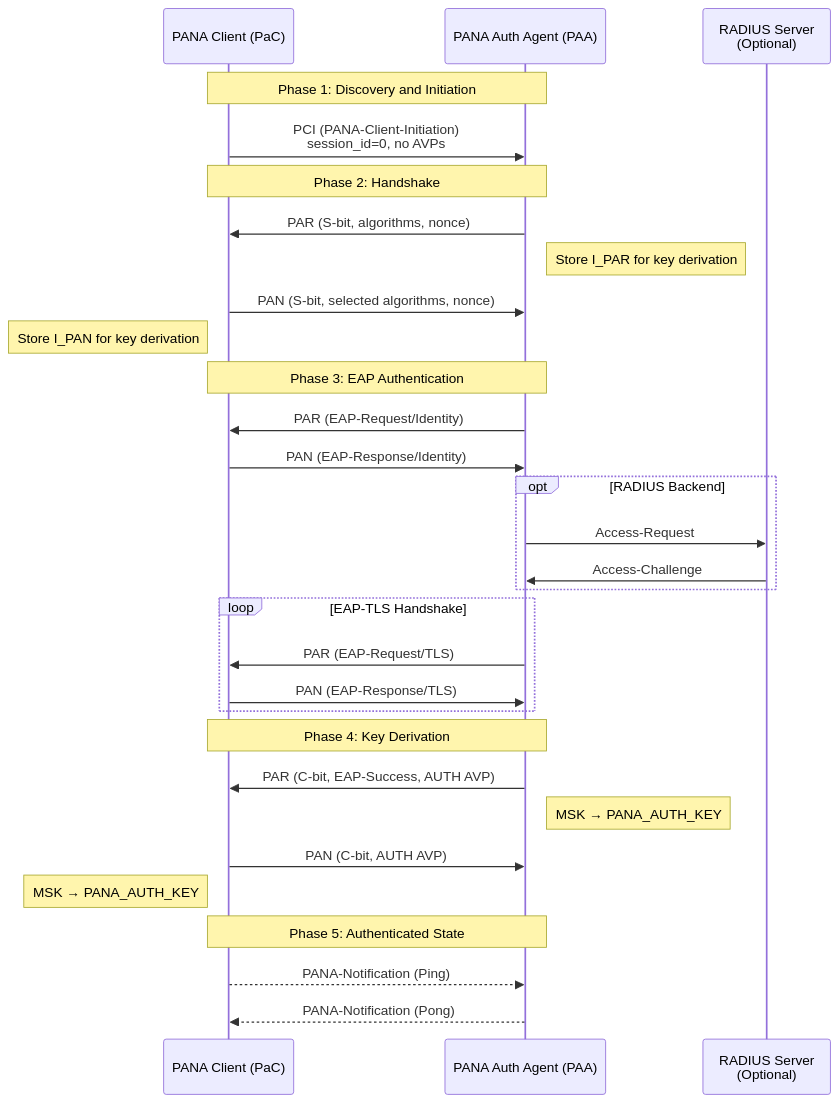
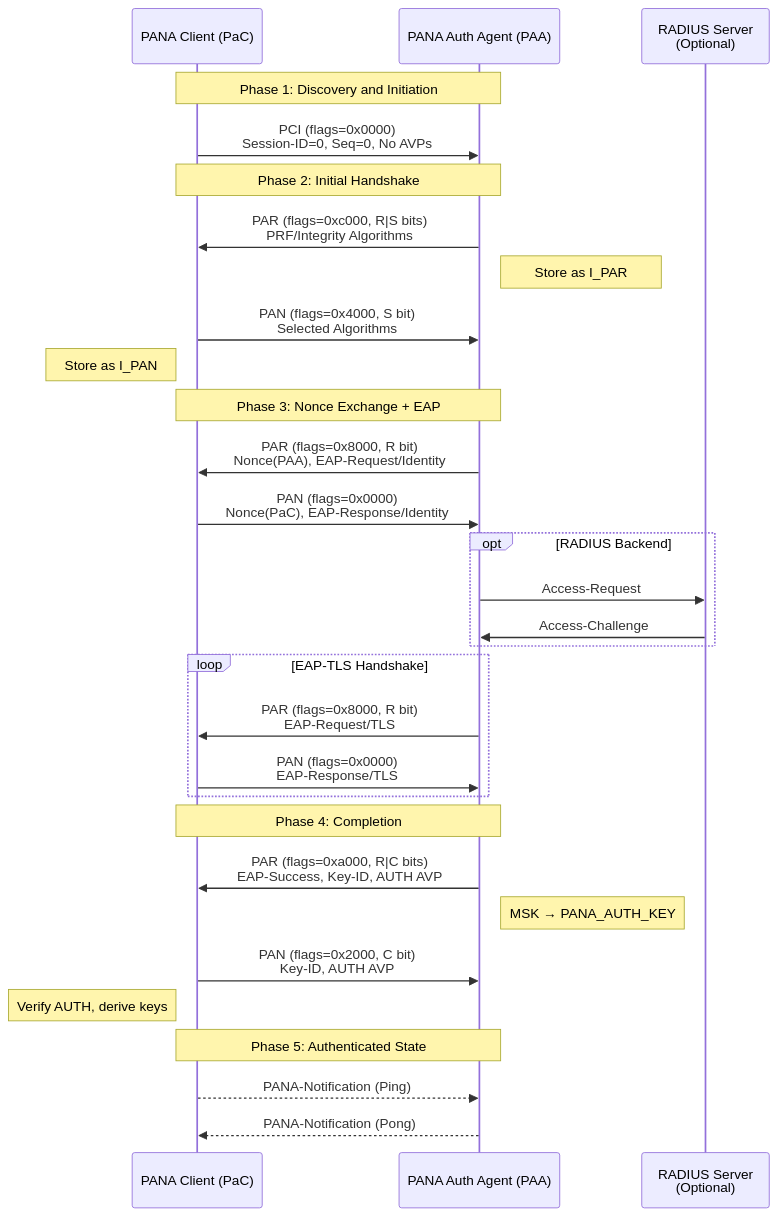
Before and after one commit to JamesBread/pyPANA: the second of 14 diagrams in architecture_diagrams.md, drawn with Mermaid. The commit also changed other lines of this file and 20 other files, not shown here.

````diff
--- a/architecture_diagrams.md
+++ b/architecture_diagrams.md
@@ -67,39 +67,39 @@
 ```mermaid
 sequenceDiagram
     participant PaC as PANA Client (PaC)
     participant PAA as PANA Auth Agent (PAA)
     participant RADIUS as RADIUS Server<br/>(Optional)
     
     Note over PaC,PAA: Phase 1: Discovery and Initiation
-    PaC->>PAA: PCI (PANA-Client-Initiation)<br/>session_id=0, no AVPs
+    PaC->>PAA: PCI (flags=0x0000)<br/>Session-ID=0, Seq=0, No AVPs
     
-    Note over PaC,PAA: Phase 2: Handshake
-    PAA->>PaC: PAR (S-bit, algorithms, nonce)
-    Note right of PAA: Store I_PAR for key derivation
-    PaC->>PAA: PAN (S-bit, selected algorithms, nonce)
-    Note left of PaC: Store I_PAN for key derivation
+    Note over PaC,PAA: Phase 2: Initial Handshake
+    PAA->>PaC: PAR (flags=0xc000, R|S bits)<br/>PRF/Integrity Algorithms
+    Note right of PAA: Store as I_PAR
+    PaC->>PAA: PAN (flags=0x4000, S bit)<br/>Selected Algorithms
+    Note left of PaC: Store as I_PAN
     
-    Note over PaC,PAA: Phase 3: EAP Authentication
-    PAA->>PaC: PAR (EAP-Request/Identity)
-    PaC->>PAA: PAN (EAP-Response/Identity)
+    Note over PaC,PAA: Phase 3: Nonce Exchange + EAP
+    PAA->>PaC: PAR (flags=0x8000, R bit)<br/>Nonce(PAA), EAP-Request/Identity
+    PaC->>PAA: PAN (flags=0x0000)<br/>Nonce(PaC), EAP-Response/Identity
     
     opt RADIUS Backend
         PAA->>RADIUS: Access-Request
         RADIUS->>PAA: Access-Challenge
     end
     
     loop EAP-TLS Handshake
-        PAA->>PaC: PAR (EAP-Request/TLS)
-        PaC->>PAA: PAN (EAP-Response/TLS)
+        PAA->>PaC: PAR (flags=0x8000, R bit)<br/>EAP-Request/TLS
+        PaC->>PAA: PAN (flags=0x0000)<br/>EAP-Response/TLS
     end
     
-    Note over PaC,PAA: Phase 4: Key Derivation
-    PAA->>PaC: PAR (C-bit, EAP-Success, AUTH AVP)
+    Note over PaC,PAA: Phase 4: Completion
+    PAA->>PaC: PAR (flags=0xa000, R|C bits)<br/>EAP-Success, Key-ID, AUTH AVP
     Note right of PAA: MSK → PANA_AUTH_KEY
-    PaC->>PAA: PAN (C-bit, AUTH AVP)
-    Note left of PaC: MSK → PANA_AUTH_KEY
+    PaC->>PAA: PAN (flags=0x2000, C bit)<br/>Key-ID, AUTH AVP
+    Note left of PaC: Verify AUTH, derive keys
     
     Note over PaC,PAA: Phase 5: Authenticated State
     PaC-->>PAA: PANA-Notification (Ping)
     PAA-->>PaC: PANA-Notification (Pong)
 ```
````
